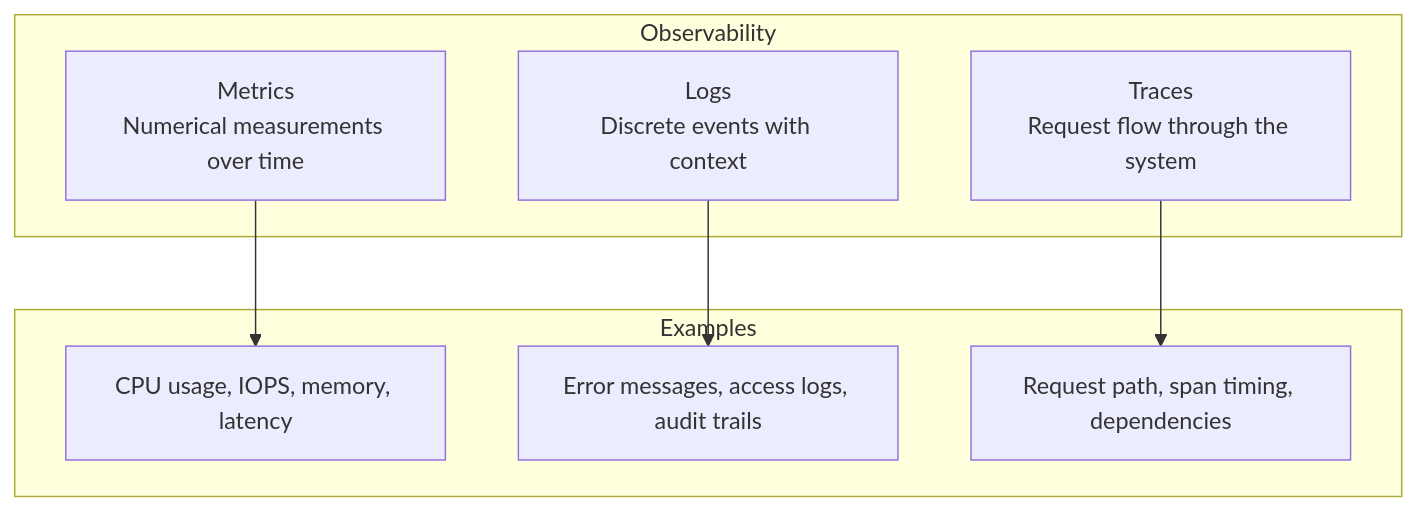
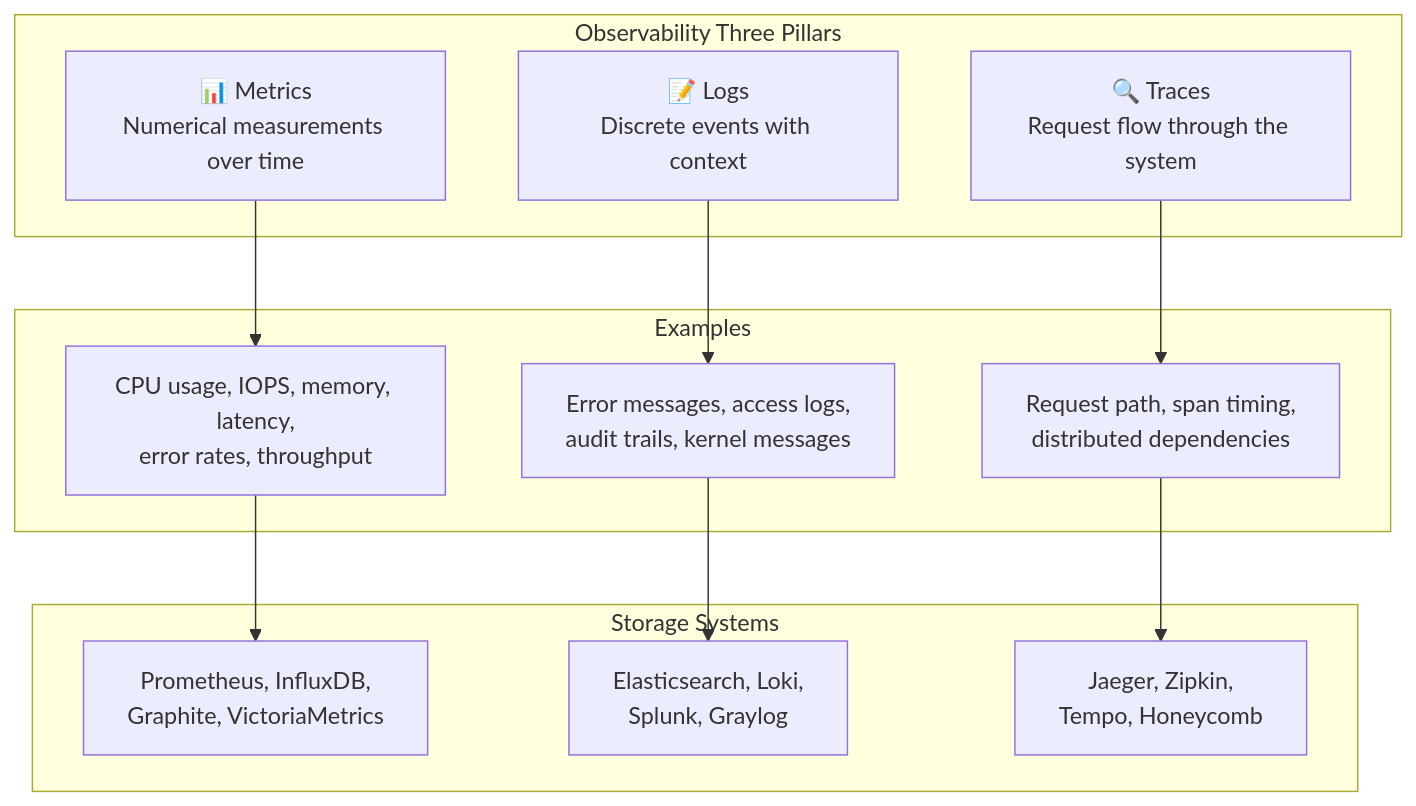
One commit to Abhinav-Kumar012/lb2 changed the first of 5 diagrams in src/observability/overview.md. Above: the diagram before and after it, drawn with Mermaid. The commit also changed other lines of this file and 1 other file, not shown here.

Commit message:
Expand sched-ext.md: BPF scheduling API, real-world schedulers, CFS comparison, Mermaid diagrams

````diff
--- a/src/observability/overview.md
+++ b/src/observability/overview.md
@@ -11,16 +15,21 @@
 ```mermaid
 graph TD
-    subgraph "Observability"
-        M["Metrics<br/>Numerical measurements over time"]
-        L["Logs<br/>Discrete events with context"]
-        T["Traces<br/>Request flow through the system"]
+    subgraph "Observability Three Pillars"
+        M["📊 Metrics<br/>Numerical measurements over time"]
+        L["📝 Logs<br/>Discrete events with context"]
+        T["🔍 Traces<br/>Request flow through the system"]
     end
     subgraph "Examples"
-        ME["CPU usage, IOPS, memory, latency"]
-        LE["Error messages, access logs, audit trails"]
-        TE["Request path, span timing, dependencies"]
+        ME["CPU usage, IOPS, memory, latency,<br/>error rates, throughput"]
+        LE["Error messages, access logs,<br/>audit trails, kernel messages"]
+        TE["Request path, span timing,<br/>distributed dependencies"]
     end
-    M --> ME
-    L --> LE
-    T --> TE
+    subgraph "Storage Systems"
+        MS["Prometheus, InfluxDB,<br/>Graphite, VictoriaMetrics"]
+        LS["Elasticsearch, Loki,<br/>Splunk, Graylog"]
+        TS["Jaeger, Zipkin,<br/>Tempo, Honeycomb"]
+    end
+    M --> ME --> MS
+    L --> LE --> LS
+    T --> TE --> TS
 ```
````
